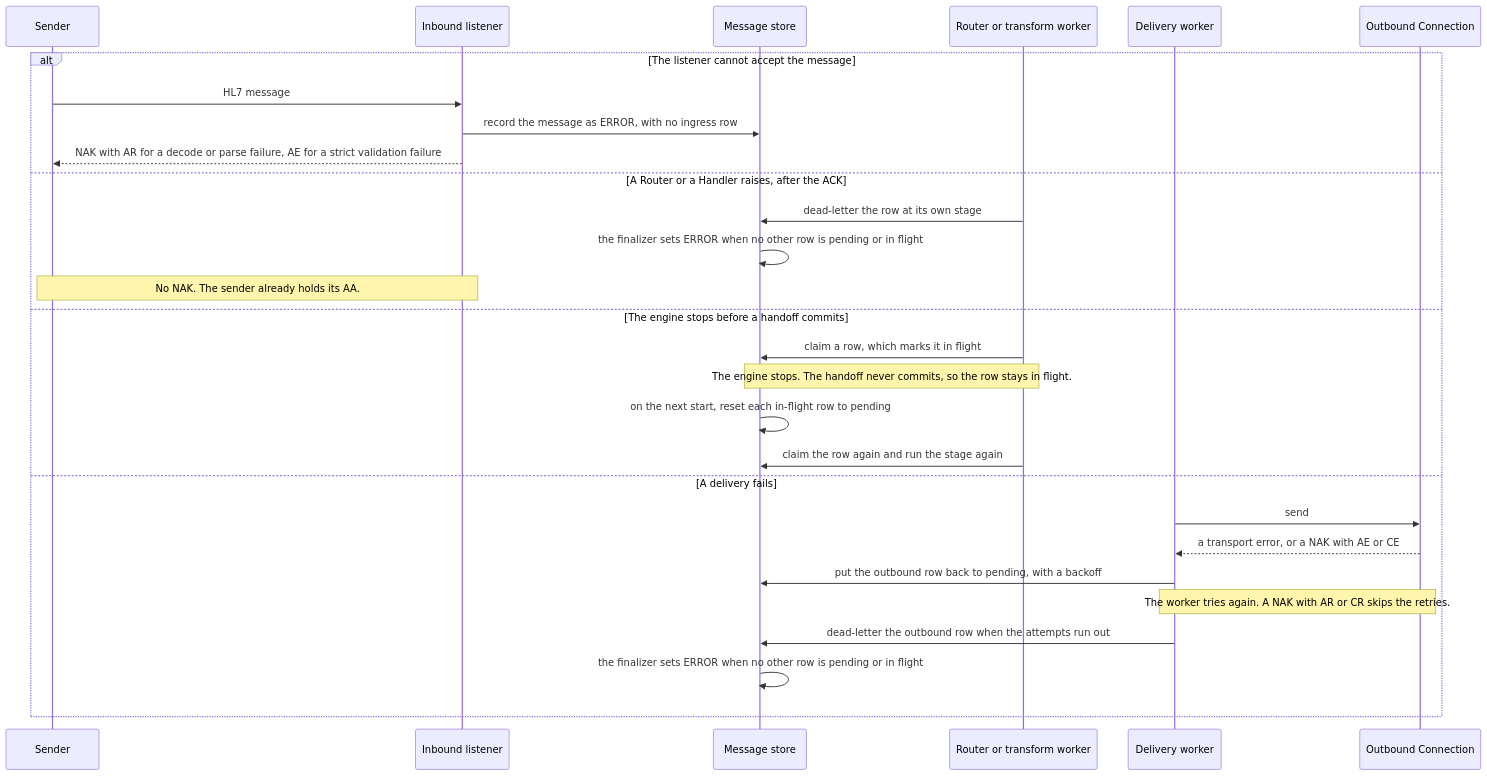
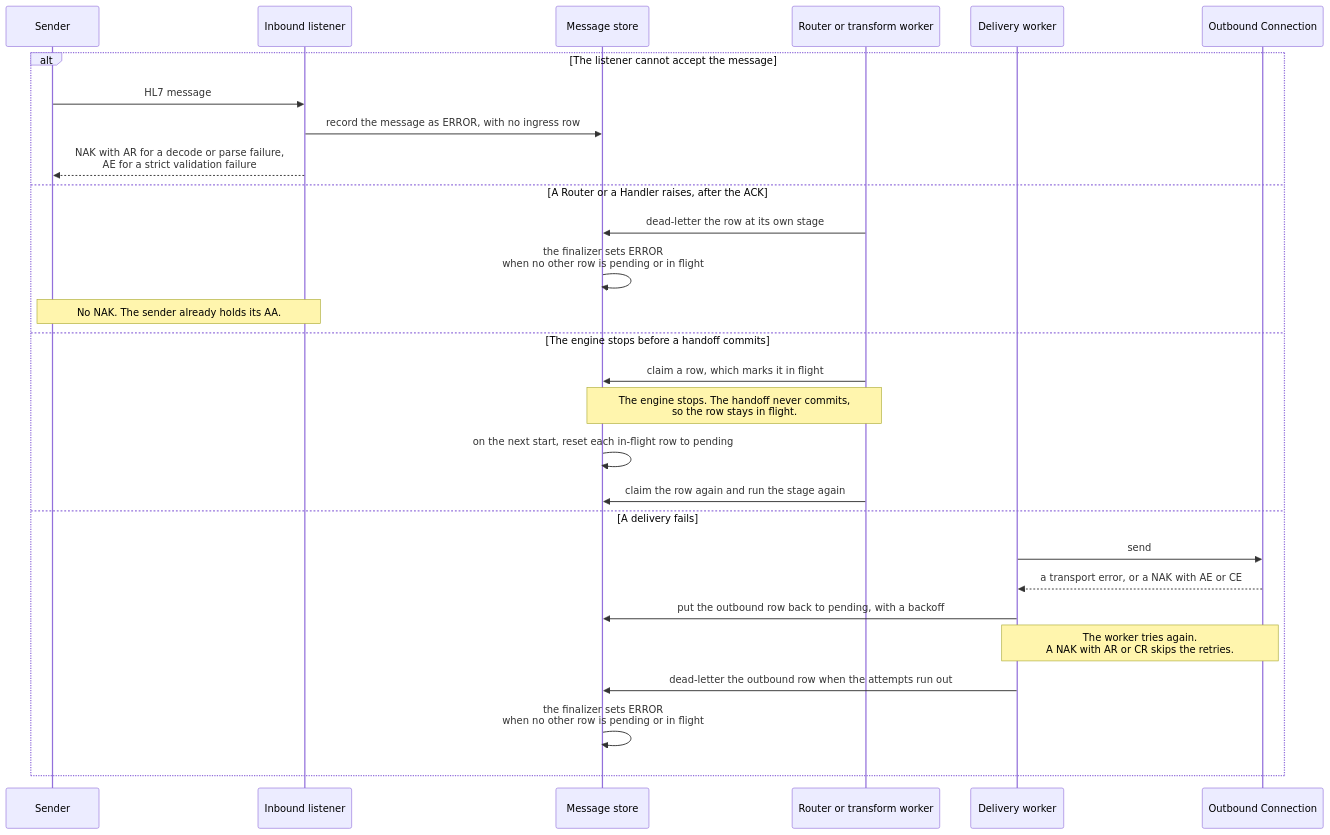
The sixth of 7 diagrams in docs/architecture-diagram.md (MEFORORG/MessageFoundry), drawn with Mermaid before and after one commit. The commit also changed other lines of this file, not shown here.

First line of the commit message:
docs(architecture): round two review fixes to the lifecycle diagrams

````diff
--- a/docs/architecture-diagram.md
+++ b/docs/architecture-diagram.md
@@ -389,31 +396,31 @@
 ```mermaid
 sequenceDiagram
   participant SND as Sender
   participant LSN as Inbound listener
   participant MST as Message store
   participant WRK as Router or transform worker
   participant DLW as Delivery worker
   participant OBC as Outbound Connection
 
   alt The listener cannot accept the message
     SND->>LSN: HL7 message
     LSN->>MST: record the message as ERROR, with no ingress row
-    LSN-->>SND: NAK with AR for a decode or parse failure, AE for a strict validation failure
+    LSN-->>SND: NAK with AR for a decode or parse failure,<br/>AE for a strict validation failure
   else A Router or a Handler raises, after the ACK
     WRK->>MST: dead-letter the row at its own stage
-    MST->>MST: the finalizer sets ERROR when no other row is pending or in flight
+    MST->>MST: the finalizer sets ERROR<br/>when no other row is pending or in flight
     Note over SND,LSN: No NAK. The sender already holds its AA.
   else The engine stops before a handoff commits
     WRK->>MST: claim a row, which marks it in flight
-    Note over MST,WRK: The engine stops. The handoff never commits, so the row stays in flight.
+    Note over MST,WRK: The engine stops. The handoff never commits,<br/>so the row stays in flight.
     MST->>MST: on the next start, reset each in-flight row to pending
     WRK->>MST: claim the row again and run the stage again
   else A delivery fails
     DLW->>OBC: send
     OBC-->>DLW: a transport error, or a NAK with AE or CE
     DLW->>MST: put the outbound row back to pending, with a backoff
-    Note over DLW,OBC: The worker tries again. A NAK with AR or CR skips the retries.
+    Note over DLW,OBC: The worker tries again.<br/>A NAK with AR or CR skips the retries.
     DLW->>MST: dead-letter the outbound row when the attempts run out
-    MST->>MST: the finalizer sets ERROR when no other row is pending or in flight
+    MST->>MST: the finalizer sets ERROR<br/>when no other row is pending or in flight
   end
 ```
````
